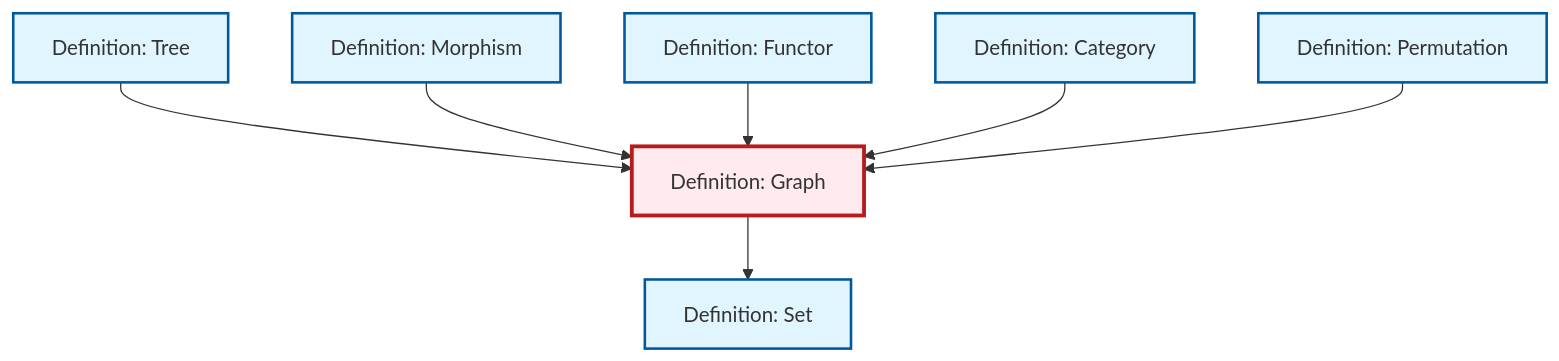
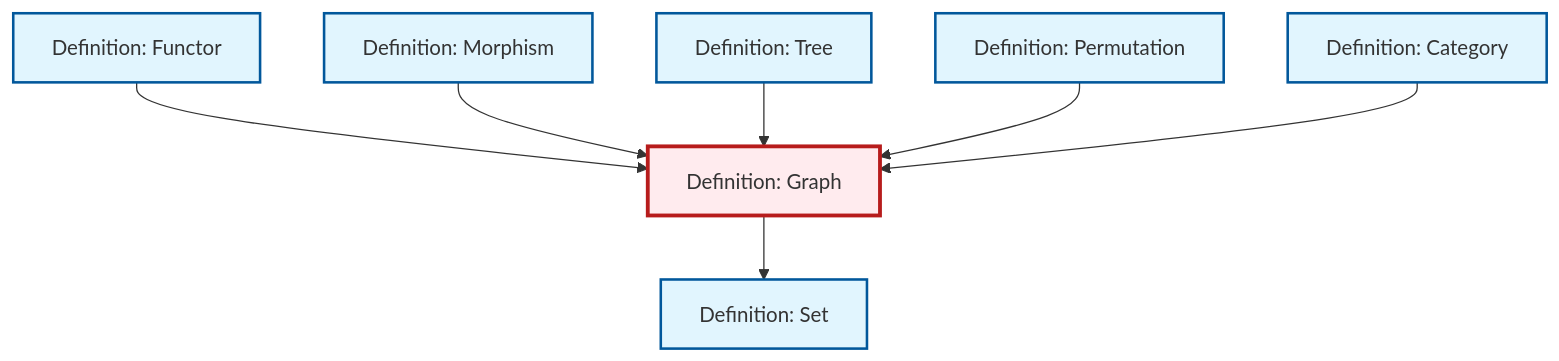
One commit to RK0429/ModernMath changed the diagram in content/ja/combinatorics/def-graph.qmd. Above: the diagram before and after it, drawn with Mermaid. The commit also changed other lines of this file and 491 other files, not shown here.

````diff
--- a/content/ja/combinatorics/def-graph.qmd
+++ b/content/ja/combinatorics/def-graph.qmd
@@ -91,29 +91,29 @@
 ```{mermaid}
 %%| fig-cap: "Local dependency graph"
 graph TD
     classDef definition fill:#e1f5fe,stroke:#01579b,stroke-width:2px
     classDef theorem fill:#f3e5f5,stroke:#4a148c,stroke-width:2px
     classDef axiom fill:#fff3e0,stroke:#e65100,stroke-width:2px
     classDef example fill:#e8f5e9,stroke:#1b5e20,stroke-width:2px
     classDef current fill:#ffebee,stroke:#b71c1c,stroke-width:3px
+    def-permutation["Definition: Permutation"]:::definition
+    def-functor["Definition: Functor"]:::definition
+    def-category["Definition: Category"]:::definition
+    def-tree["Definition: Tree"]:::definition
     def-set["Definition: Set"]:::definition
-    def-permutation["Definition: Permutation"]:::definition
-    def-category["Definition: Category"]:::definition
     def-morphism["Definition: Morphism"]:::definition
-    def-functor["Definition: Functor"]:::definition
     def-graph["Definition: Graph"]:::definition
-    def-tree["Definition: Tree"]:::definition
-    def-tree --> def-graph
+    def-functor --> def-graph
     def-morphism --> def-graph
     def-graph --> def-set
-    def-functor --> def-graph
+    def-tree --> def-graph
+    def-permutation --> def-graph
     def-category --> def-graph
-    def-permutation --> def-graph
     class def-graph current
+    click def-permutation "def-permutation.html" "Definition: Permutationへ"
+    click def-functor "def-functor.html" "Definition: Functorへ"
+    click def-category "def-category.html" "Definition: Categoryへ"
+    click def-tree "def-tree.html" "Definition: Treeへ"
     click def-set "def-set.html" "Definition: Setへ"
-    click def-permutation "def-permutation.html" "Definition: Permutationへ"
-    click def-category "def-category.html" "Definition: Categoryへ"
     click def-morphism "def-morphism.html" "Definition: Morphismへ"
-    click def-functor "def-functor.html" "Definition: Functorへ"
-    click def-tree "def-tree.html" "Definition: Treeへ"
 ```
````
